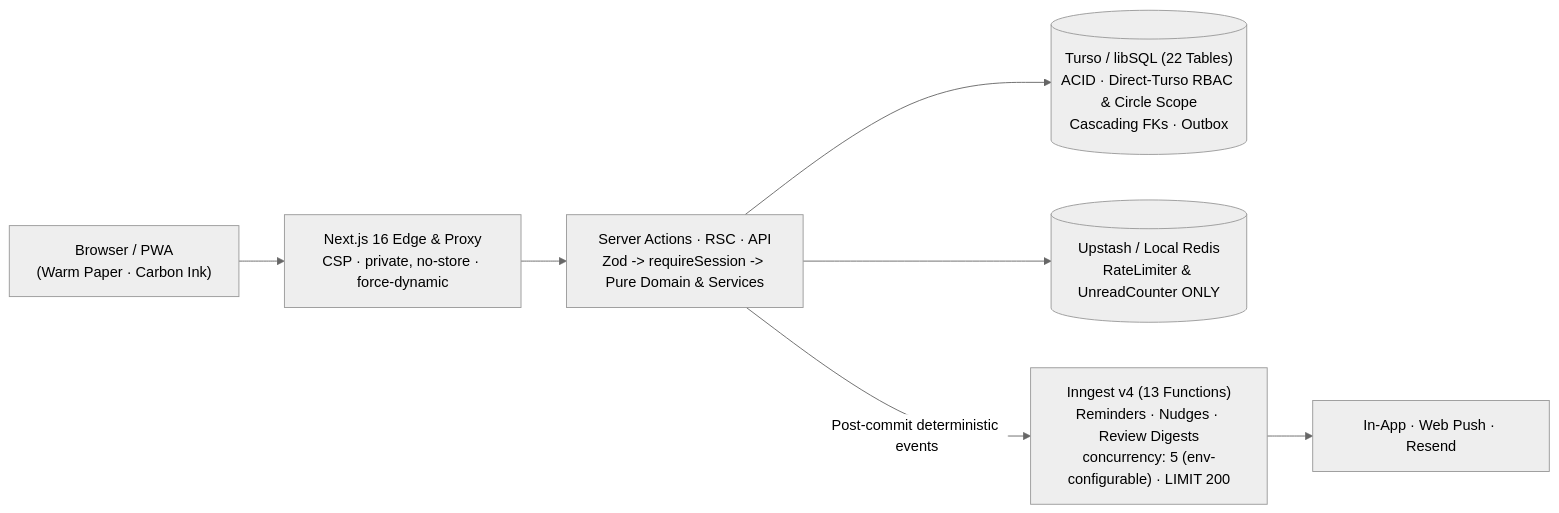
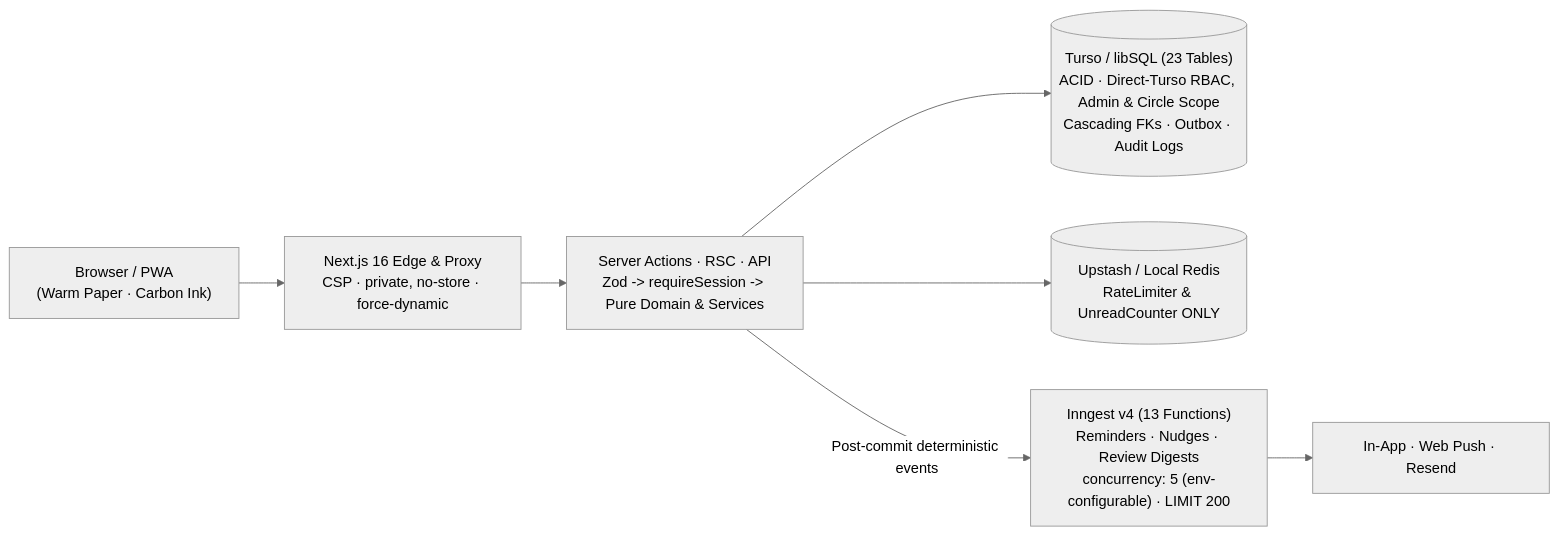
One commit to Marvin-MM/folio_tracker changed the diagram in README.md. Above: the diagram before and after it, drawn with Mermaid (neutral theme). The commit also changed other lines of this file and 39 other files, not shown here.

Commit message:
feat(admin): add env-synced Admin Portal, health/KPIs/audits, and unified ActivityTimeline flows

````diff
--- a/README.md
+++ b/README.md
@@ -43,9 +44,9 @@
 ```mermaid
 flowchart LR
   Browser["Browser / PWA\n(Warm Paper · Carbon Ink)"] --> Edge["Next.js 16 Edge & Proxy\nCSP · private, no-store · force-dynamic"]
   Edge --> Core["Server Actions · RSC · API\nZod -> requireSession -> Pure Domain & Services"]
-  Core --> Turso[("Turso / libSQL (22 Tables)\nACID · Direct-Turso RBAC & Circle Scope\nCascading FKs · Outbox")]
+  Core --> Turso[("Turso / libSQL (23 Tables)\nACID · Direct-Turso RBAC, Admin & Circle Scope\nCascading FKs · Outbox · Audit Logs")]
   Core --> Redis[("Upstash / Local Redis\nRateLimiter & UnreadCounter ONLY")]
   Core -->|"Post-commit deterministic events"| Inngest["Inngest v4 (13 Functions)\nReminders · Nudges · Review Digests\nconcurrency: 5 (env-configurable) · LIMIT 200"]
   Inngest --> Channels["In-App · Web Push · Resend"]
 ```
````
